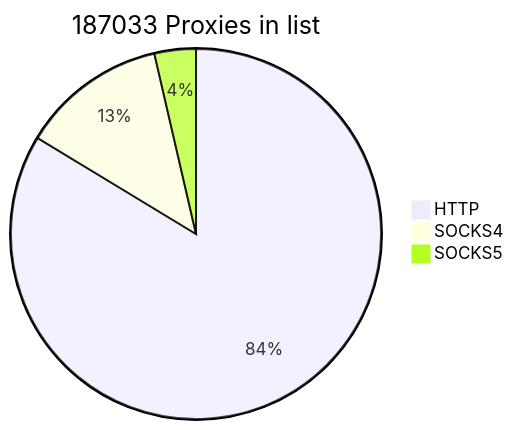
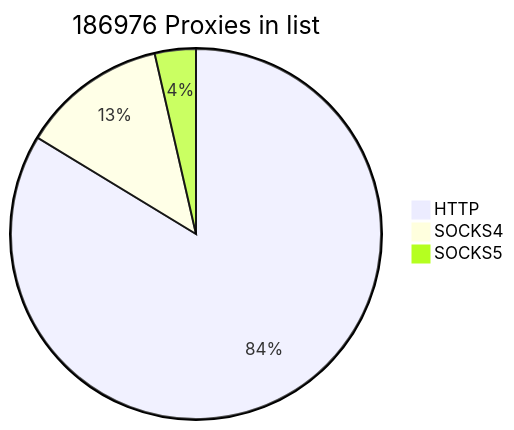
Before and after one commit to cutipu/proxylist: the first of 2 diagrams in README.md, drawn with Mermaid. The commit also changed other lines of this file, not shown here.

````diff
--- a/README.md
+++ b/README.md
@@ -2,7 +2,7 @@
 ```mermaid
-pie title 187033 Proxies in list
+pie title 186976 Proxies in list
     "HTTP" : 156480
-    "SOCKS4" : 23791
-    "SOCKS5" : 6762
+    "SOCKS4" : 23793
+    "SOCKS5" : 6703
             
 ```
````
